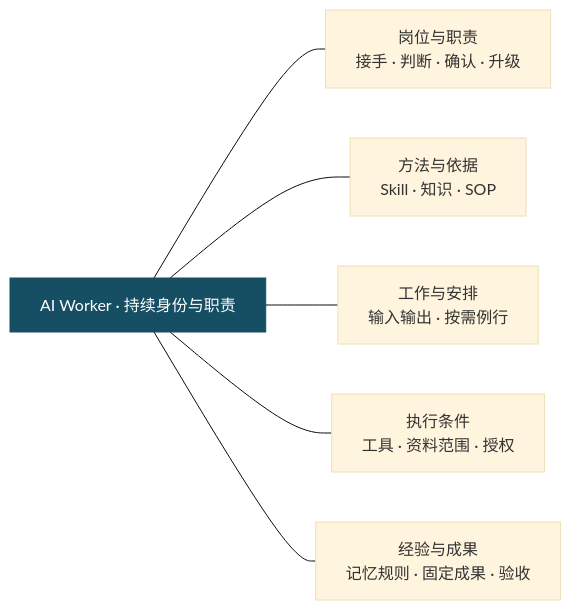
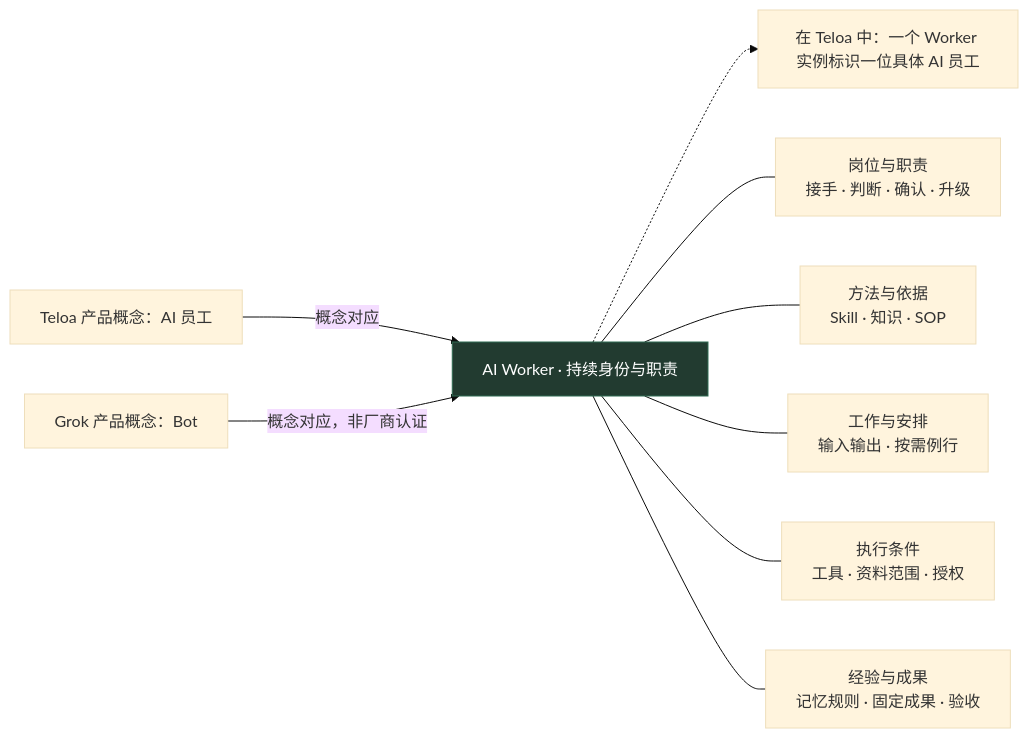
One commit to teloa-ai/ai-worker-standard changed the diagram in diagrams/zh-CN/worker.mmd. Above: the diagram before and after it, drawn with Mermaid (base theme). The commit also changed 29 other files, not shown here.

Commit message:
docs: connect AI employee product concepts to AI Worker diagrams

```diff
--- a/diagrams/zh-CN/worker.mmd
+++ b/diagrams/zh-CN/worker.mmd
@@ -1,9 +1,12 @@
 flowchart LR
+    T["Teloa 产品概念：AI 员工"] -->|概念对应| W
+    G["Grok 产品概念：Bot"] -->|概念对应，非厂商认证| W
     W["AI Worker · 持续身份与职责"]
+    W -.-> I["在 Teloa 中：一个 Worker 实例标识一位具体 AI 员工"]
     W --- A["岗位与职责<br/>接手 · 判断 · 确认 · 升级"]
     W --- B["方法与依据<br/>Skill · 知识 · SOP"]
     W --- C["工作与安排<br/>输入输出 · 按需例行"]
     W --- D["执行条件<br/>工具 · 资料范围 · 授权"]
     W --- E["经验与成果<br/>记忆规则 · 固定成果 · 验收"]
-    classDef main fill:#164e63,color:#fff,stroke:#164e63
+    classDef main fill:#223b30,color:#fff,stroke:#2f6b52
     class W main
```
